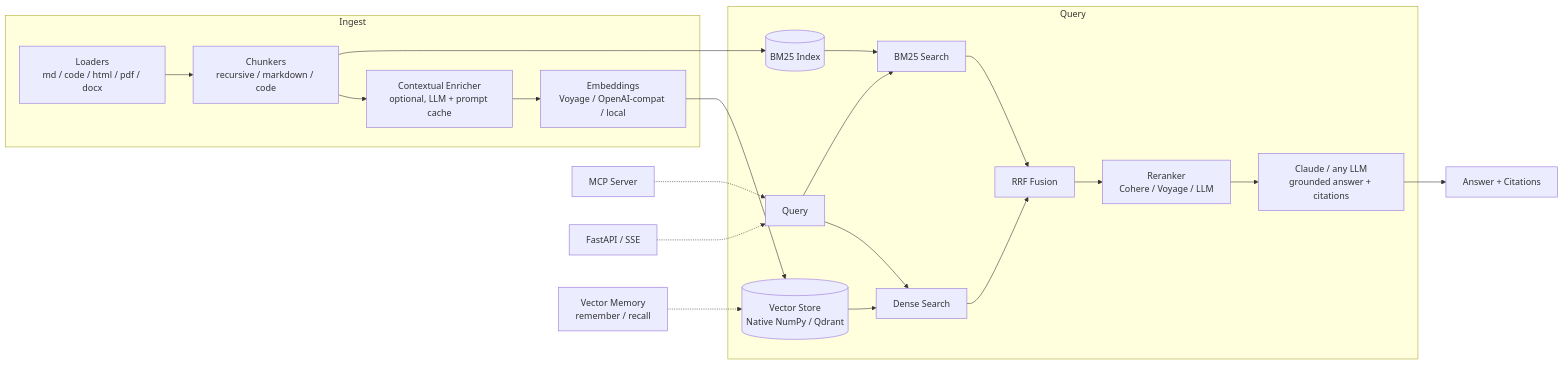
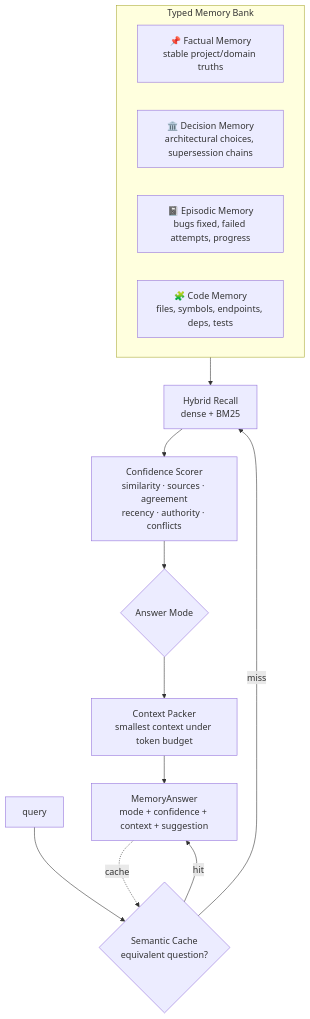
Before and after one commit to sunamebr/Ragnite: the diagram in README.md, drawn with Mermaid. The commit also changed other lines of this file and 24 other files, not shown here.

First line of the commit message:
feat: v0.2.0 — confidence-aware RAG memory engine

````diff
--- a/README.md
+++ b/README.md
@@ -95,24 +43,18 @@
 ```mermaid
-flowchart LR
-    subgraph Ingest
-        A[Loaders<br/>md / code / html / pdf / docx] --> B[Chunkers<br/>recursive / markdown / code]
-        B --> C[Contextual Enricher<br/>optional, LLM + prompt cache]
-        C --> D[Embeddings<br/>Voyage / OpenAI-compat / local]
+flowchart TB
+    subgraph Memories["Typed Memory Bank"]
+        F["📌 Factual Memory<br/>stable project/domain truths"]
+        D["🏛️ Decision Memory<br/>architectural choices, supersession chains"]
+        E["📓 Episodic Memory<br/>bugs fixed, failed attempts, progress"]
+        C["🧩 Code Memory<br/>files, symbols, endpoints, deps, tests"]
     end
-    D --> E[(Vector Store<br/>Native NumPy / Qdrant)]
-    B --> F[(BM25 Index)]
-    subgraph Query
-        Q[Query] --> G[Dense Search]
-        Q --> H[BM25 Search]
-        E --> G
-        F --> H
-        G --> I[RRF Fusion]
-        H --> I
-        I --> J[Reranker<br/>Cohere / Voyage / LLM]
-        J --> K[Claude / any LLM<br/>grounded answer + citations]
-    end
-    K --> L[Answer + Citations]
-    M[MCP Server] -.-> Q
-    N[FastAPI / SSE] -.-> Q
-    O[Vector Memory<br/>remember / recall] -.-> E
+    Q[query] --> SC{Semantic Cache<br/>equivalent question?}
+    SC -- hit --> OUT
+    SC -- miss --> R[Hybrid Recall<br/>dense + BM25]
+    Memories --> R
+    R --> CS[Confidence Scorer<br/>similarity · sources · agreement<br/>recency · authority · conflicts]
+    CS --> AM{Answer Mode}
+    AM --> CP[Context Packer<br/>smallest context under token budget]
+    CP --> OUT["MemoryAnswer<br/>mode + confidence + context + suggestion"]
+    OUT -. cache .-> SC
 ```
````
